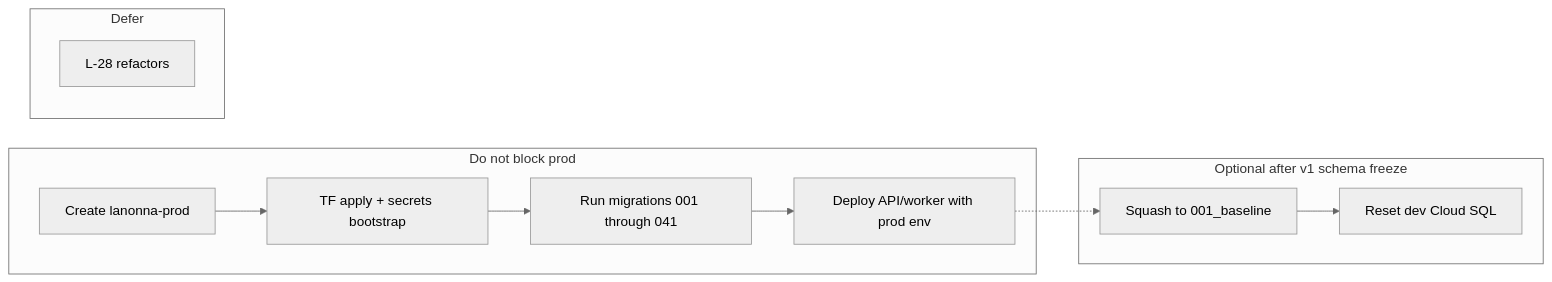
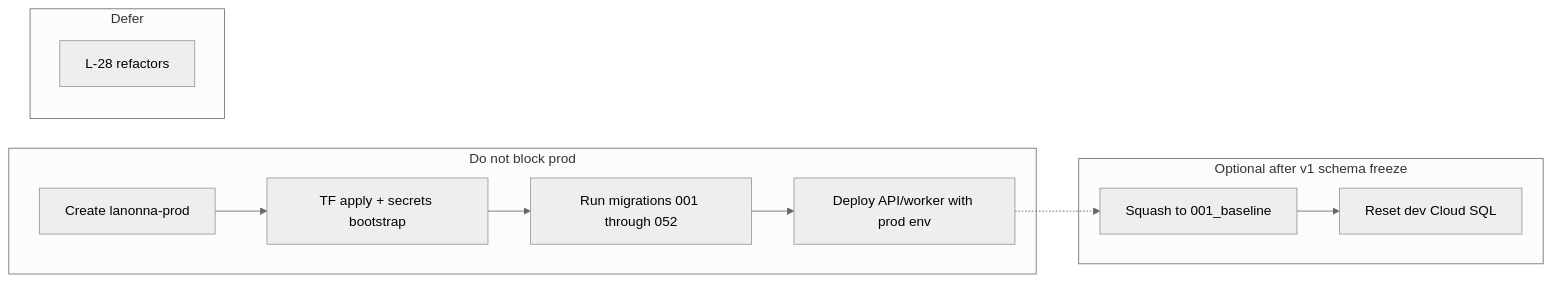
One commit to dipan0saha/lanonna_app changed the diagram in docs/engineering/pre-prod-consolidation.md. Above: the diagram before and after it, drawn with Mermaid (neutral theme). The commit also changed other lines of this file and 3 other files, not shown here.

````diff
--- a/docs/engineering/pre-prod-consolidation.md
+++ b/docs/engineering/pre-prod-consolidation.md
@@ -102,18 +104,18 @@
 ```mermaid
 flowchart LR
   subgraph now [Do not block prod]
     A[Create lanonna-prod]
     B[TF apply + secrets bootstrap]
-    C[Run migrations 001 through 041]
+    C[Run migrations 001 through 052]
     D[Deploy API/worker with prod env]
   end
   subgraph optional [Optional after v1 schema freeze]
     E[Squash to 001_baseline]
     F[Reset dev Cloud SQL]
   end
   subgraph defer [Defer]
     G[L-28 refactors]
   end
   A --> B --> C --> D
   D -.-> E --> F
 ```
````
